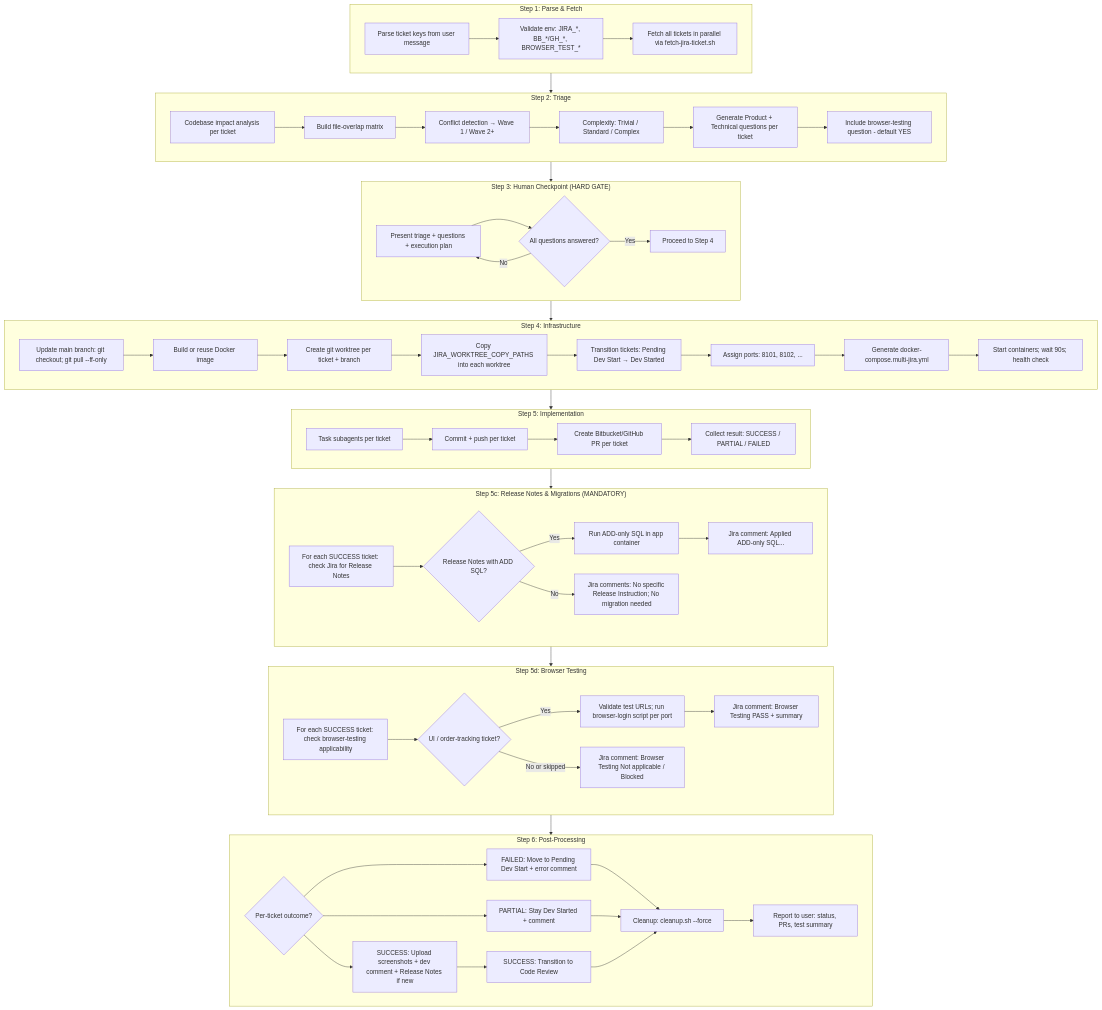
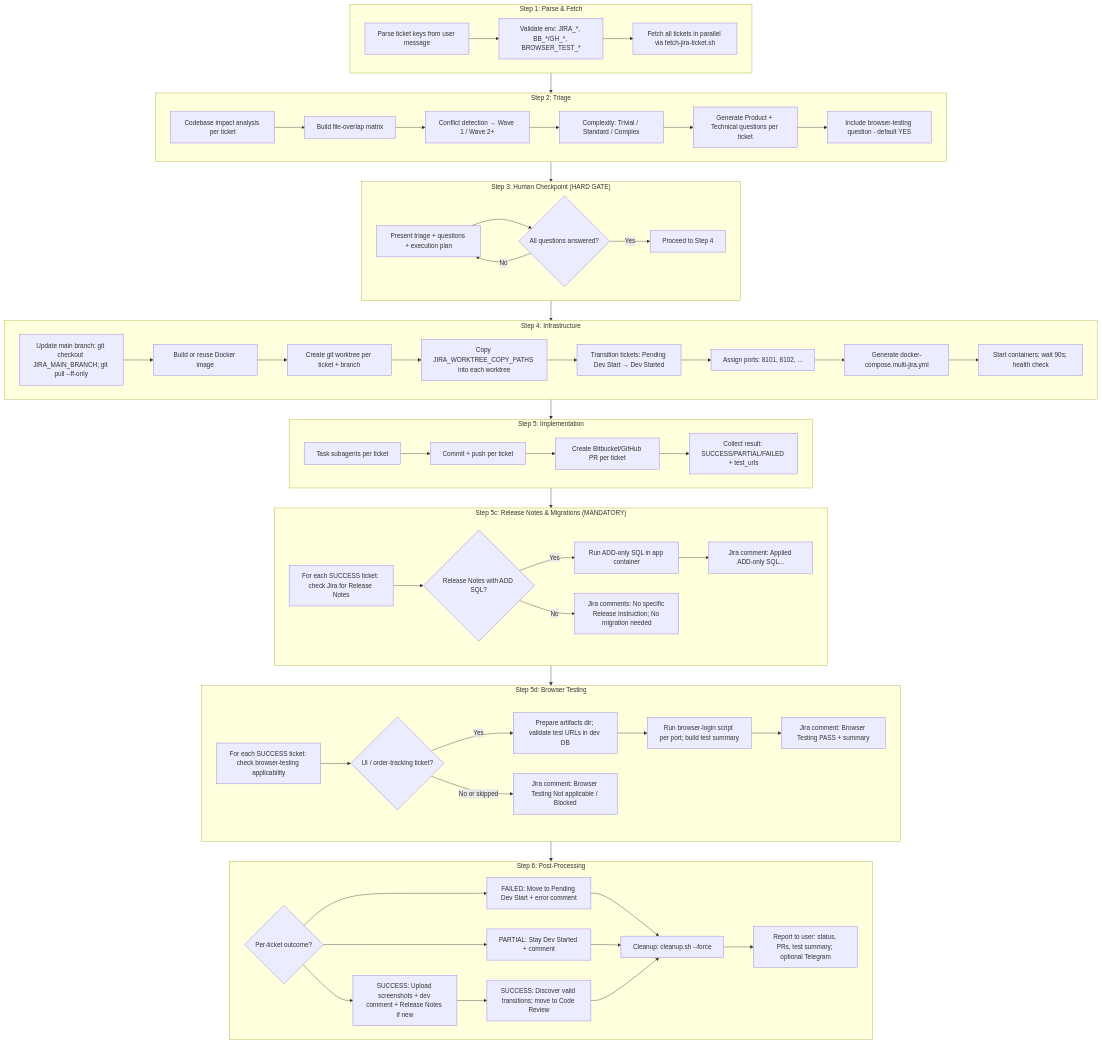
Before and after one commit to upendra243/jira-swarms: the diagram in WORKFLOW_DIAGRAM.md, drawn with Mermaid.

Commit message:
docs: align WORKFLOW_DIAGRAM with SKILL edits
- Step 4: Add JIRA_MAIN_BRANCH
- Step 5: Add test_urls to worker result
- Step 5d: Add artifacts dir, validate URLs, build test summary
- Step 6: Add discover transitions, optional Telegram

Made-with: Cursor

```diff
--- a/WORKFLOW_DIAGRAM.md
+++ b/WORKFLOW_DIAGRAM.md
@@ -28,7 +28,7 @@
     end
 
     subgraph STEP4["Step 4: Infrastructure"]
-        D1[Update main branch: git checkout; git pull --ff-only]
+        D1[Update main branch: git checkout JIRA_MAIN_BRANCH; git pull --ff-only]
         D2[Build or reuse Docker image]
         D3[Create git worktree per ticket + branch]
         D4[Copy JIRA_WORKTREE_COPY_PATHS into each worktree]
@@ -43,7 +43,7 @@
         E1[Task subagents per ticket]
         E2[Commit + push per ticket]
         E3[Create Bitbucket/GitHub PR per ticket]
-        E4[Collect result: SUCCESS / PARTIAL / FAILED]
+        E4[Collect result: SUCCESS/PARTIAL/FAILED + test_urls]
         E1 --> E2 --> E3 --> E4
     end
 
@@ -61,12 +61,13 @@
     subgraph STEP5d["Step 5d: Browser Testing"]
         G1[For each SUCCESS ticket: check browser-testing applicability]
         G2{UI / order-tracking ticket?}
-        G3[Validate test URLs; run browser-login script per port]
-        G4[Jira comment: Browser Testing PASS + summary]
-        G5[Jira comment: Browser Testing Not applicable / Blocked]
+        G3[Prepare artifacts dir; validate test URLs in dev DB]
+        G4[Run browser-login script per port; build test summary]
+        G5[Jira comment: Browser Testing PASS + summary]
+        G6[Jira comment: Browser Testing Not applicable / Blocked]
         G1 --> G2
-        G2 -->|Yes| G3 --> G4
-        G2 -->|No or skipped| G5
+        G2 -->|Yes| G3 --> G4 --> G5
+        G2 -->|No or skipped| G6
     end
 
     subgraph STEP6["Step 6: Post-Processing"]
@@ -74,9 +75,9 @@
         H2[FAILED: Move to Pending Dev Start + error comment]
         H3[PARTIAL: Stay Dev Started + comment]
         H4[SUCCESS: Upload screenshots + dev comment + Release Notes if new]
-        H5[SUCCESS: Transition to Code Review]
+        H5[SUCCESS: Discover valid transitions; move to Code Review]
         H6[Cleanup: cleanup.sh --force]
-        H7[Report to user: status, PRs, test summary]
+        H7[Report to user: status, PRs, test summary; optional Telegram]
         H1 --> H2
         H1 --> H3
         H1 --> H4 --> H5
```
